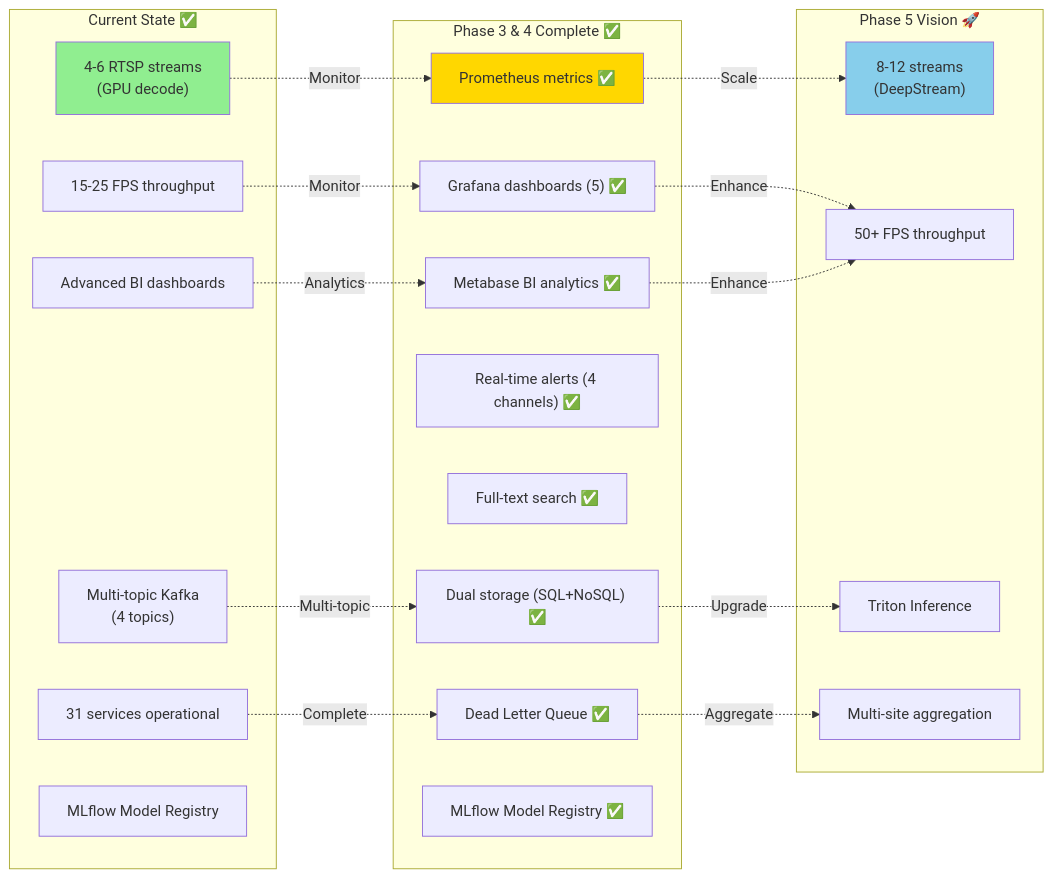
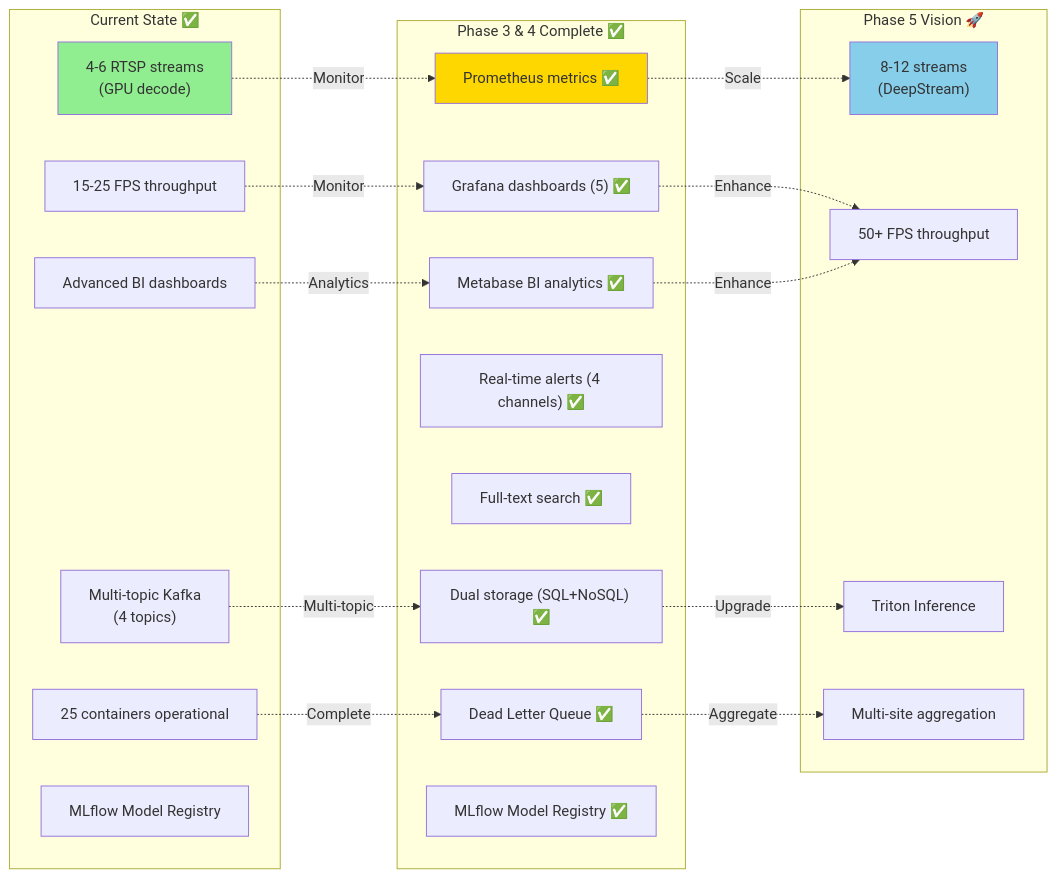
One commit to Azhundev/oversight-alpr-app changed the eighth of 9 diagrams in docs/alpr/project-architecture-charts.md. Above: the diagram before and after it, drawn with Mermaid. The commit also changed 3 other files, not shown here.

````diff
--- a/docs/alpr/project-architecture-charts.md
+++ b/docs/alpr/project-architecture-charts.md
@@ -433,45 +433,45 @@
 ```mermaid
 graph LR
     subgraph "Current State ✅"
         C1["4-6 RTSP streams<br/>(GPU decode)"]
         C2["15-25 FPS throughput"]
         C3["Multi-topic Kafka<br/>(4 topics)"]
         C4["Advanced BI dashboards"]
-        C5["31 services operational"]
+        C5["25 containers operational"]
         C6["MLflow Model Registry"]
     end
 
     subgraph "Phase 3 & 4 Complete ✅"
         G1["Prometheus metrics ✅"]
         G2["Grafana dashboards (5) ✅"]
         G3["Metabase BI analytics ✅"]
         G4["Real-time alerts (4 channels) ✅"]
         G5["Full-text search ✅"]
         G6["Dual storage (SQL+NoSQL) ✅"]
         G7["Dead Letter Queue ✅"]
         G8["MLflow Model Registry ✅"]
     end
 
     subgraph "Phase 5 Vision 🚀"
         V1["8-12 streams<br/>(DeepStream)"]
         V2["50+ FPS throughput"]
         V3["Triton Inference"]
         V4["Multi-site aggregation"]
     end
 
     C1 -.->|"Monitor"| G1
     C2 -.->|"Monitor"| G2
     C3 -.->|"Multi-topic"| G6
     C4 -.->|"Analytics"| G3
     C5 -.->|"Complete"| G7
 
     G1 -.->|"Scale"| V1
     G2 -.->|"Enhance"| V2
     G3 -.->|"Enhance"| V2
     G6 -.->|"Upgrade"| V3
     G7 -.->|"Aggregate"| V4
 
     style C1 fill:#90EE90
     style G1 fill:#FFD700
     style V1 fill:#87CEEB
 ```
````
